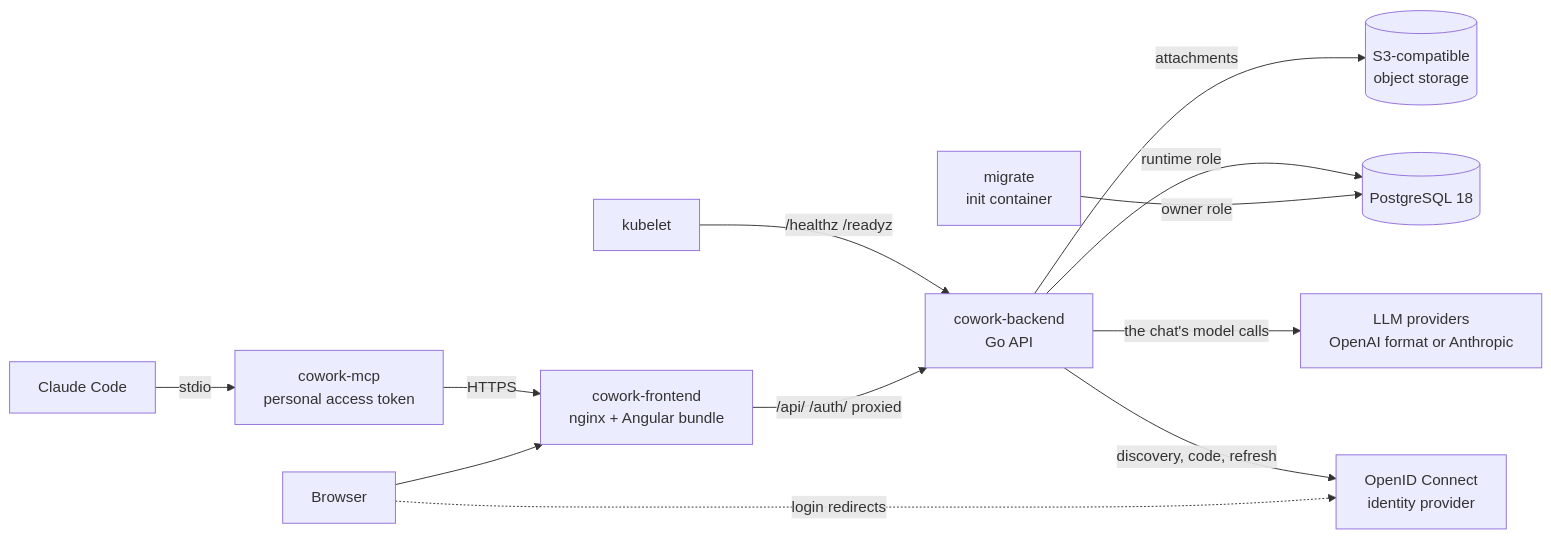
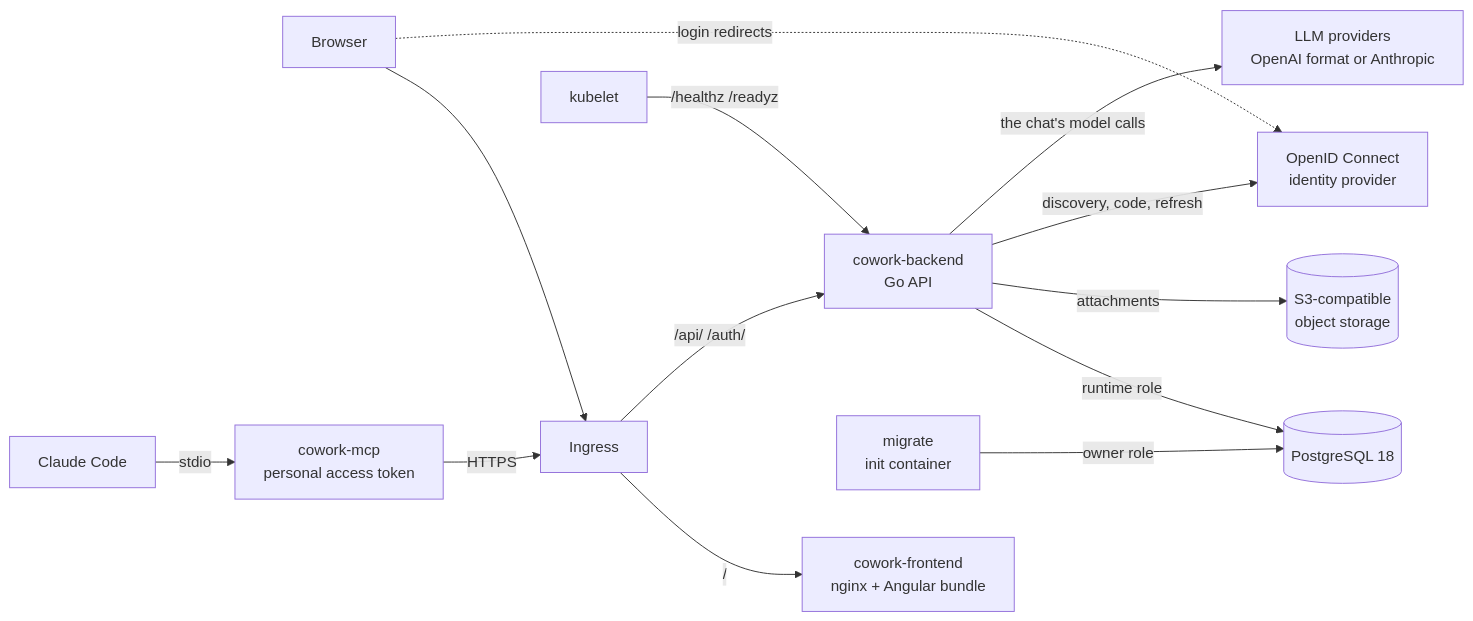
One commit to guided-traffic/cowork changed the diagram in README.md. Above: the diagram before and after it, drawn with Mermaid. The commit also changed other lines of this file and 70 other files, not shown here.

First line of the commit message:
feat(chart): the Ingress routes the API and the browser login to the backend, the frontend serves the UI only (#27)

````diff
--- a/README.md
+++ b/README.md
@@ -32,14 +32,15 @@
 ```mermaid
 flowchart LR
-  B[Browser] --> F
+  B[Browser] --> G[Ingress]
   B -.->|login redirects| I[OpenID Connect<br/>identity provider]
   C[Claude Code] -->|stdio| X[cowork-mcp<br/>personal access token]
-  X -->|HTTPS| F
-  F[cowork-frontend<br/>nginx + Angular bundle] -->|/api/ /auth/ proxied| S
+  X -->|HTTPS| G
+  G -->|/| F[cowork-frontend<br/>nginx + Angular bundle]
+  G -->|/api/ /auth/| S
   K[kubelet] -->|/healthz /readyz| S
   M[migrate<br/>init container] -->|owner role| P
   S[cowork-backend<br/>Go API] -->|runtime role| P[(PostgreSQL 18)]
   S -->|attachments| O[(S3-compatible<br/>object storage)]
   S -->|discovery, code, refresh| I
   S -->|the chat's model calls| L[LLM providers<br/>OpenAI format or Anthropic]
 ```
````
